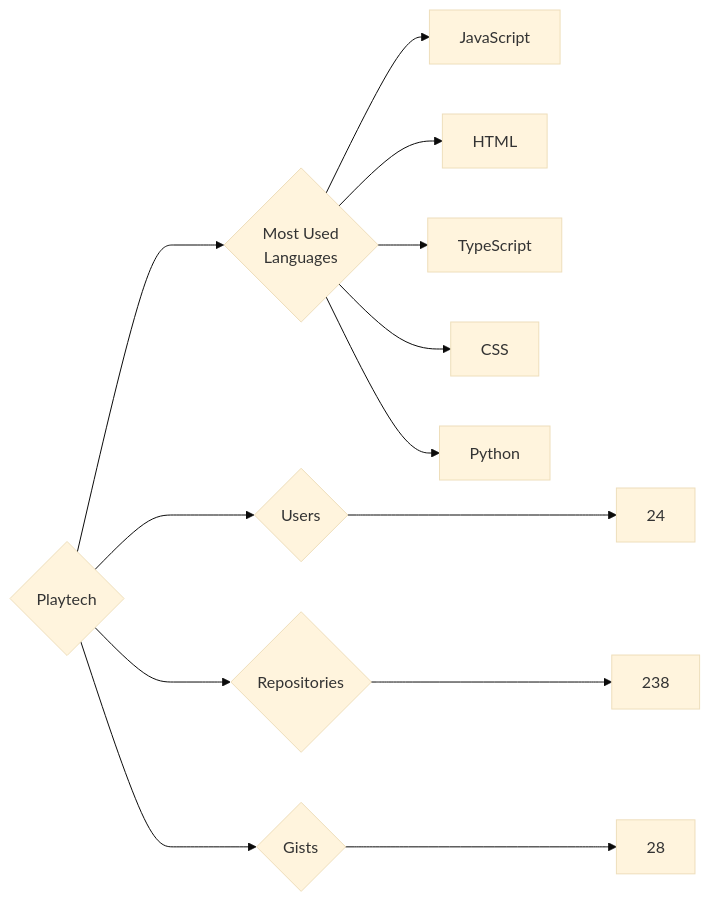
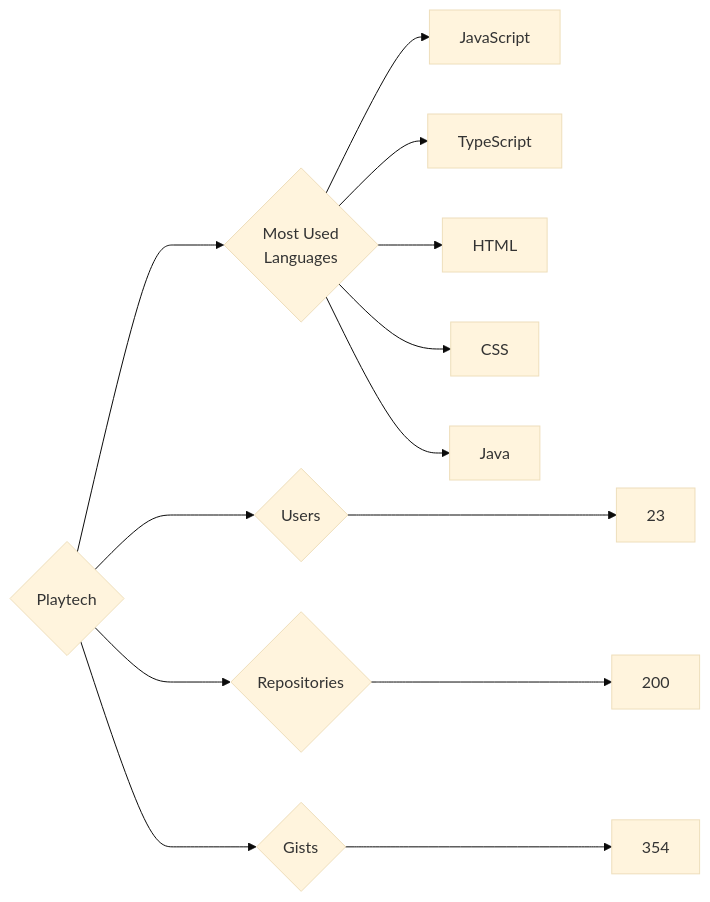
Before and after one commit to trickest/insiders: the diagram in targets/Playtech/README.md, drawn with Mermaid (base theme). The commit also changed 765 other files, not shown here.

````diff
--- a/targets/Playtech/README.md
+++ b/targets/Playtech/README.md
@@ -3,13 +3,13 @@
 ```mermaid
 graph LR
 COMPANY_NAME{Playtech}
-COMPANY_NAME ---> U{Users} ---> UN[24]
-COMPANY_NAME ---> R{Repositories} ---> RN[238]
-COMPANY_NAME ---> G{Gists} ---> GN[28]
+COMPANY_NAME ---> U{Users} ---> UN[23]
+COMPANY_NAME ---> R{Repositories} ---> RN[200]
+COMPANY_NAME ---> G{Gists} ---> GN[354]
 COMPANY_NAME ---> ML{Most Used<br>Languages}
 ML --> JavaScript[JavaScript]
+ML --> TypeScript[TypeScript]
 ML --> HTML[HTML]
-ML --> TypeScript[TypeScript]
 ML --> CSS[CSS]
-ML --> Python[Python]
+ML --> Java[Java]
 ```
````
